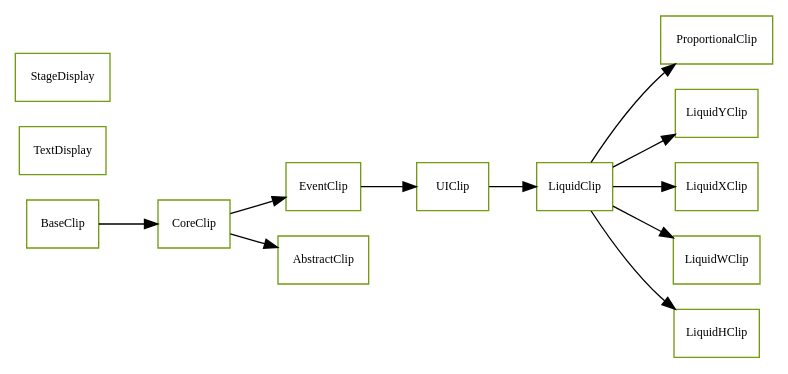
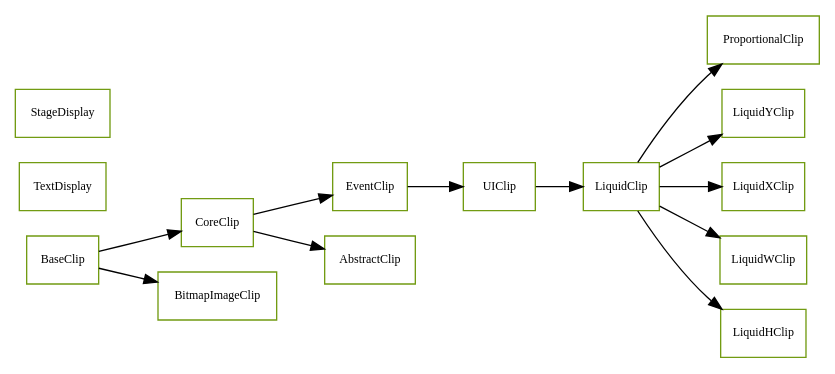
The diagram in docs/com/sekati/display/classes.dot (sekati/sasapi), drawn with Graphviz before and after one commit. The commit also changed 58 other files, not shown here.

```diff
--- a/docs/com/sekati/display/classes.dot
+++ b/docs/com/sekati/display/classes.dot
@@ -1,130 +1,140 @@
 strict digraph class_diagram {
   rankdir=LR;
   TypeUIClip[
     label="UIClip",
     URL="UIClip.html",
     tooltip="com.sekati.display.UIClip",
     fontname="Verdana",
     fontsize="9"
     color="#729b12"
     shape="record"
   ];
   TypeTextDisplay[
     label="TextDisplay",
     URL="TextDisplay.html",
     tooltip="com.sekati.display.TextDisplay",
     fontname="Verdana",
     fontsize="9"
     color="#729b12"
     shape="record"
   ];
   TypeStageDisplay[
     label="StageDisplay",
     URL="StageDisplay.html",
     tooltip="com.sekati.display.StageDisplay",
     fontname="Verdana",
     fontsize="9"
     color="#729b12"
     shape="record"
   ];
   TypeProportionalClip[
     label="ProportionalClip",
     URL="ProportionalClip.html",
     tooltip="com.sekati.display.ProportionalClip",
     fontname="Verdana",
     fontsize="9"
     color="#729b12"
     shape="record"
   ];
   TypeLiquidYClip[
     label="LiquidYClip",
     URL="LiquidYClip.html",
     tooltip="com.sekati.display.LiquidYClip",
     fontname="Verdana",
     fontsize="9"
     color="#729b12"
     shape="record"
   ];
   TypeLiquidXClip[
     label="LiquidXClip",
     URL="LiquidXClip.html",
     tooltip="com.sekati.display.LiquidXClip",
     fontname="Verdana",
     fontsize="9"
     color="#729b12"
     shape="record"
   ];
   TypeLiquidWClip[
     label="LiquidWClip",
     URL="LiquidWClip.html",
     tooltip="com.sekati.display.LiquidWClip",
     fontname="Verdana",
     fontsize="9"
     color="#729b12"
     shape="record"
   ];
   TypeLiquidHClip[
     label="LiquidHClip",
     URL="LiquidHClip.html",
     tooltip="com.sekati.display.LiquidHClip",
     fontname="Verdana",
     fontsize="9"
     color="#729b12"
     shape="record"
   ];
   TypeLiquidClip[
     label="LiquidClip",
     URL="LiquidClip.html",
     tooltip="com.sekati.display.LiquidClip",
     fontname="Verdana",
     fontsize="9"
     color="#729b12"
     shape="record"
   ];
   TypeEventClip[
     label="EventClip",
     URL="EventClip.html",
     tooltip="com.sekati.display.EventClip",
     fontname="Verdana",
     fontsize="9"
     color="#729b12"
     shape="record"
   ];
   TypeCoreClip[
     label="CoreClip",
     URL="CoreClip.html",
     tooltip="com.sekati.display.CoreClip",
     fontname="Verdana",
     fontsize="9"
     color="#729b12"
     shape="record"
   ];
+  TypeBitmapImageClip[
+    label="BitmapImageClip",
+    URL="BitmapImageClip.html",
+    tooltip="com.sekati.display.BitmapImageClip",
+    fontname="Verdana",
+    fontsize="9"
+    color="#729b12"
+    shape="record"
+  ];
   TypeBaseClip[
     label="BaseClip",
     URL="BaseClip.html",
     tooltip="com.sekati.display.BaseClip",
     fontname="Verdana",
     fontsize="9"
     color="#729b12"
     shape="record"
   ];
   TypeAbstractClip[
     label="AbstractClip",
     URL="AbstractClip.html",
     tooltip="com.sekati.display.AbstractClip",
     fontname="Verdana",
     fontsize="9"
     color="#729b12"
     shape="record"
   ];
   TypeEventClip -> TypeUIClip;
   TypeLiquidClip -> TypeProportionalClip;
   TypeLiquidClip -> TypeLiquidYClip;
   TypeLiquidClip -> TypeLiquidXClip;
   TypeLiquidClip -> TypeLiquidWClip;
   TypeLiquidClip -> TypeLiquidHClip;
   TypeUIClip -> TypeLiquidClip;
   TypeCoreClip -> TypeEventClip;
   TypeBaseClip -> TypeCoreClip;
+  TypeBaseClip -> TypeBitmapImageClip;
   TypeCoreClip -> TypeAbstractClip;
 }
```
